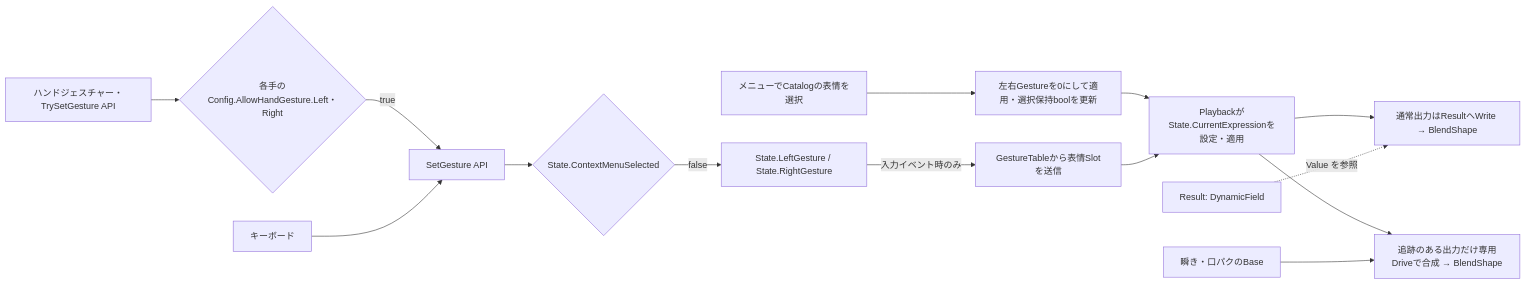
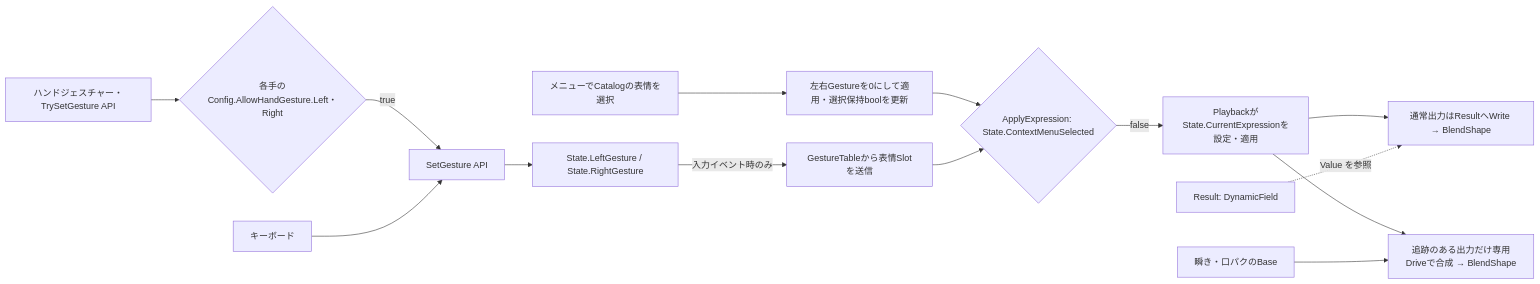
One commit to orange3134/VRMtoResonitePackage changed the diagram in docs/expression-system.md. Above: the diagram before and after it, drawn with Mermaid. The commit also changed other lines of this file and 9 other files, not shown here.

Commit message:
Centralize context menu hold checks in ApplyExpression

````diff
--- a/docs/expression-system.md
+++ b/docs/expression-system.md
@@ -274,16 +277,16 @@
 ```mermaid
 flowchart LR
     H[ハンドジェスチャー・TrySetGesture API] --> G{各手のConfig.AllowHandGesture.Left・Right}
     G -->|true| U[SetGesture API]
     K[キーボード] --> U
-    U --> L{State.ContextMenuSelected}
-    L -->|false| S[State.LeftGesture / State.RightGesture]
+    U --> S[State.LeftGesture / State.RightGesture]
     D[メニューでCatalogの表情を選択] --> T[左右Gestureを0にして適用・選択保持boolを更新]
-    T --> R
+    T --> L{ApplyExpression: State.ContextMenuSelected}
     S -->|入力イベント時のみ| P[GestureTableから表情Slotを送信]
-    P --> R[PlaybackがState.CurrentExpressionを設定・適用]
+    P --> L
+    L -->|false| R[PlaybackがState.CurrentExpressionを設定・適用]
     R --> V[通常出力はResultへWrite → BlendShape]
     R --> Q[追跡のある出力だけ専用Driveで合成 → BlendShape]
     B[瞬き・口パクのBase] --> Q
     Result[Result: DynamicField] -. Value を参照 .-> V
 ```
````
